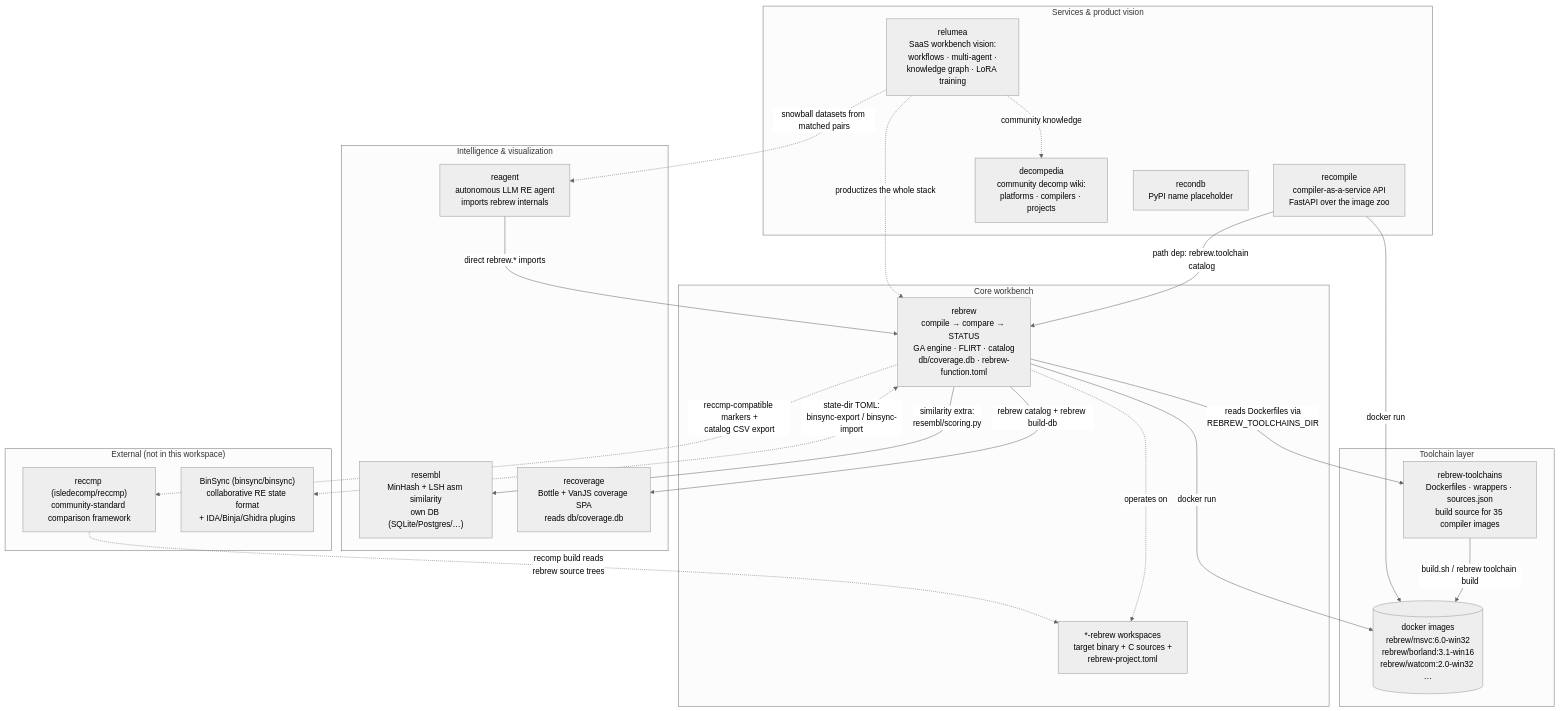
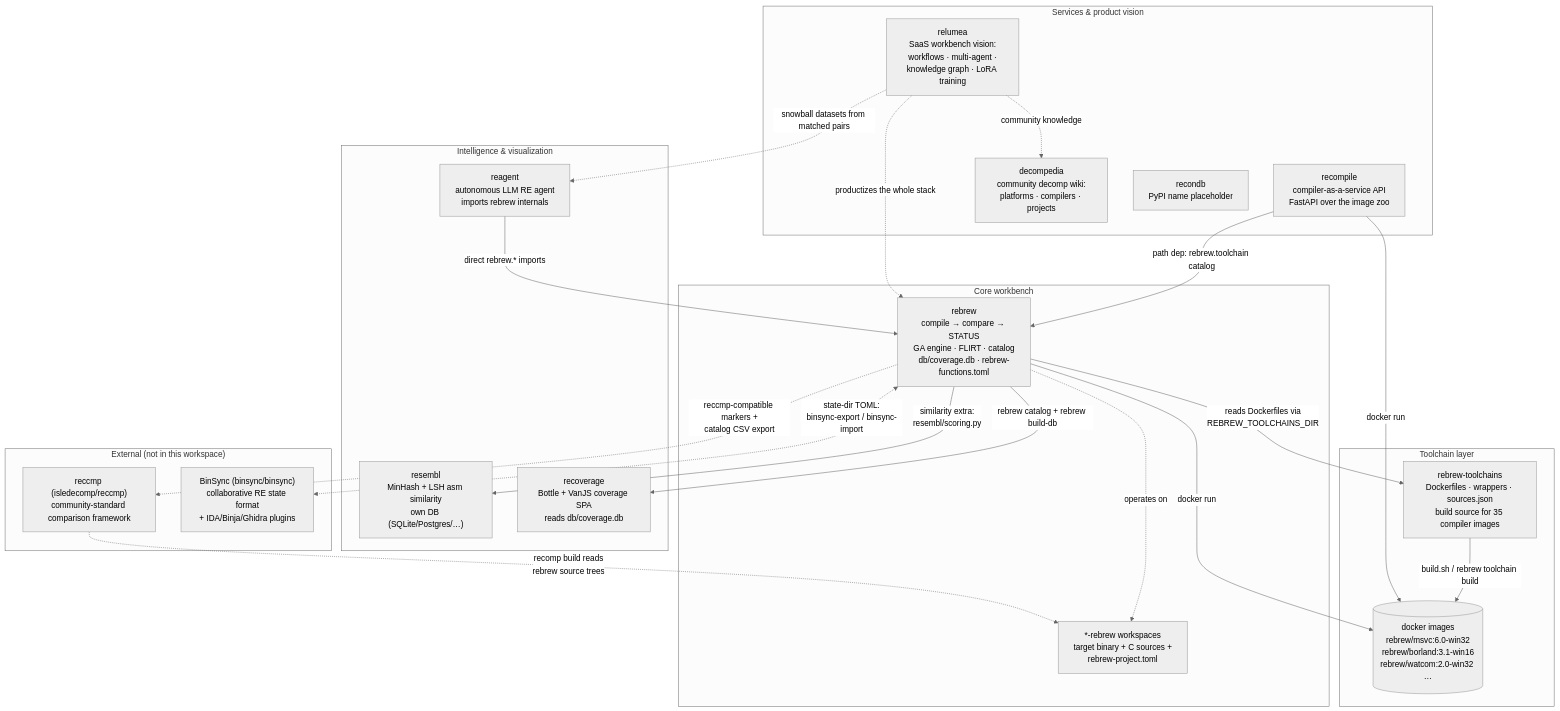
The first of 3 diagrams in docs/ECOSYSTEM.md (maci0/rebrew), drawn with Mermaid (neutral theme) before and after one commit. The commit also changed other lines of this file and 99 other files, not shown here.

First line of the commit message:
refactor: rename rebrew-function.toml -> rebrew-functions.toml

````diff
--- a/docs/ECOSYSTEM.md
+++ b/docs/ECOSYSTEM.md
@@ -18,46 +18,46 @@
 ```mermaid
 flowchart TB
     subgraph L0["Toolchain layer"]
         RT["rebrew-toolchains<br/>Dockerfiles · wrappers · sources.json<br/>build source for 35 compiler images"]
         IMG[("docker images<br/>rebrew/msvc:6.0-win32<br/>rebrew/borland:3.1-win16<br/>rebrew/watcom:2.0-win32 …")]
     end
 
     subgraph L1["Core workbench"]
-        RB["rebrew<br/>compile → compare → STATUS<br/>GA engine · FLIRT · catalog<br/>db/coverage.db · rebrew-function.toml"]
+        RB["rebrew<br/>compile → compare → STATUS<br/>GA engine · FLIRT · catalog<br/>db/coverage.db · rebrew-functions.toml"]
         PRJ["*-rebrew workspaces<br/>target binary + C sources +<br/>rebrew-project.toml"]
     end
 
     subgraph L2["Intelligence & visualization"]
         RES["resembl<br/>MinHash + LSH asm similarity<br/>own DB (SQLite/Postgres/…)"]
         RECOV["recoverage<br/>Bottle + VanJS coverage SPA<br/>reads db/coverage.db"]
         REAGENT["reagent<br/>autonomous LLM RE agent<br/>imports rebrew internals"]
     end
 
     subgraph L3["Services & product vision"]
         RC["recompile<br/>compiler-as-a-service API<br/>FastAPI over the image zoo"]
         REL["relumea<br/>SaaS workbench vision:<br/>workflows · multi-agent ·<br/>knowledge graph · LoRA training"]
         DECOMP["decompedia<br/>community decomp wiki:<br/>platforms · compilers · projects"]
         RDB["recondb<br/>PyPI name placeholder"]
     end
 
     subgraph EXT["External (not in this workspace)"]
         RECCMP["reccmp (isledecomp/reccmp)<br/>community-standard comparison framework"]
         BINSYNC["BinSync (binsync/binsync)<br/>collaborative RE state format<br/>+ IDA/Binja/Ghidra plugins"]
     end
 
     RT -->|"build.sh / rebrew toolchain build"| IMG
     RB -->|"reads Dockerfiles via<br/>REBREW_TOOLCHAINS_DIR"| RT
     RB -->|"docker run"| IMG
     RB -->|"similarity extra:<br/>resembl/scoring.py"| RES
     RB -->|"rebrew catalog + rebrew build-db"| RECOV
     RB -.->|"operates on"| PRJ
     REAGENT -->|"direct rebrew.* imports"| RB
     RC -->|"path dep: rebrew.toolchain catalog"| RB
     RC -->|"docker run"| IMG
     REL -.->|"productizes the whole stack"| RB
     REL -.->|"snowball datasets from matched pairs"| REAGENT
     REL -.->|"community knowledge"| DECOMP
     RB -.->|"reccmp-compatible markers +<br/>catalog CSV export"| RECCMP
     RECCMP -.->|"recomp build reads<br/>rebrew source trees"| PRJ
     RB <-.->|"state-dir TOML:<br/>binsync-export / binsync-import"| BINSYNC
 ```
````
